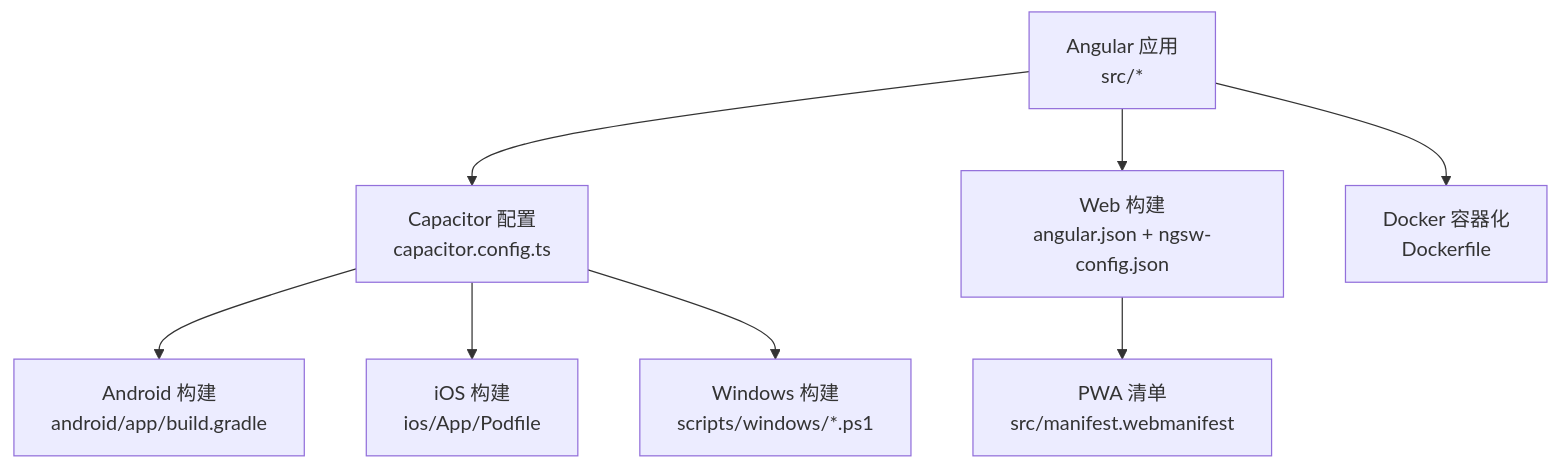
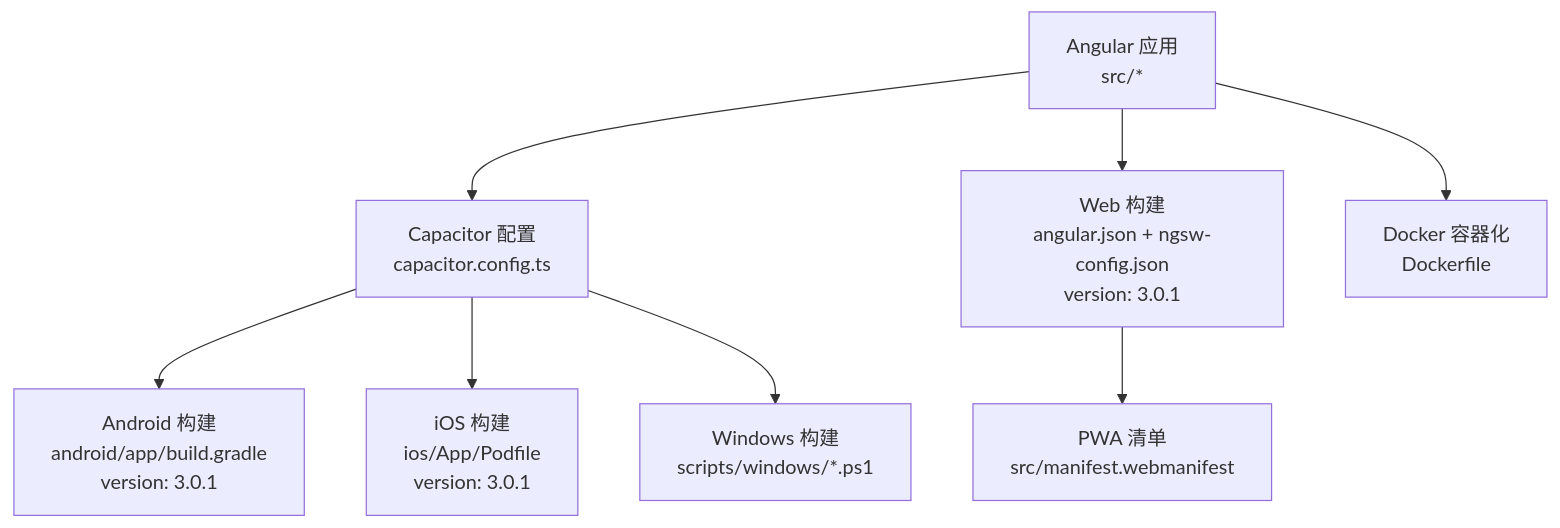
The first of 9 diagrams in .qoder/repowiki/zh/content/构建与部署/平台部署/平台部署.md (tea4go/Macro-Deck-Client-App), drawn with Mermaid before and after one commit. The commit also changed other lines of this file and 15 other files, not shown here.

````diff
--- a/.qoder/repowiki/zh/content/构建与部署/平台部署/平台部署.md
+++ b/.qoder/repowiki/zh/content/构建与部署/平台部署/平台部署.md
@@ -62,10 +68,10 @@
 ```mermaid
 graph TB
 A["Angular 应用<br/>src/*"] --> B["Capacitor 配置<br/>capacitor.config.ts"]
-B --> C["Android 构建<br/>android/app/build.gradle"]
-B --> D["iOS 构建<br/>ios/App/Podfile"]
+B --> C["Android 构建<br/>android/app/build.gradle<br/>version: 3.0.1"]
+B --> D["iOS 构建<br/>ios/App/Podfile<br/>version: 3.0.1"]
 B --> W["Windows 构建<br/>scripts/windows/*.ps1"]
-A --> E["Web 构建<br/>angular.json + ngsw-config.json"]
+A --> E["Web 构建<br/>angular.json + ngsw-config.json<br/>version: 3.0.1"]
 E --> F["PWA 清单<br/>src/manifest.webmanifest"]
 A --> G["Docker 容器化<br/>Dockerfile"]
 ```
````
